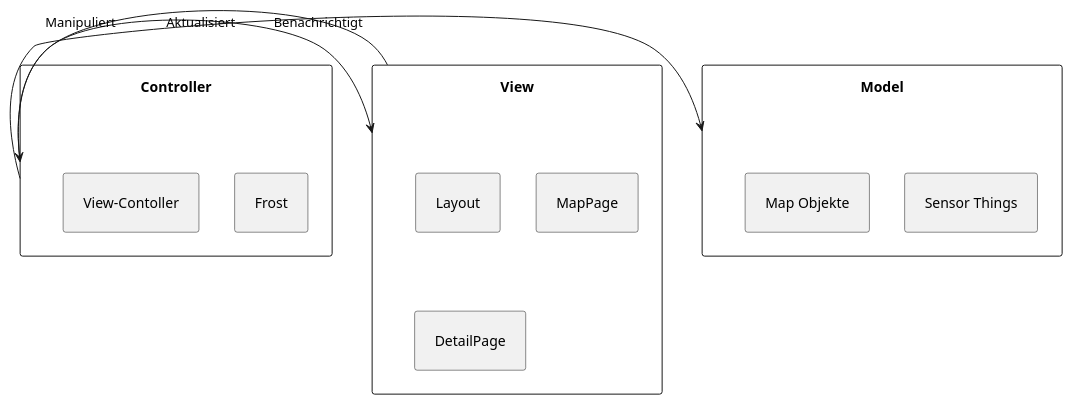
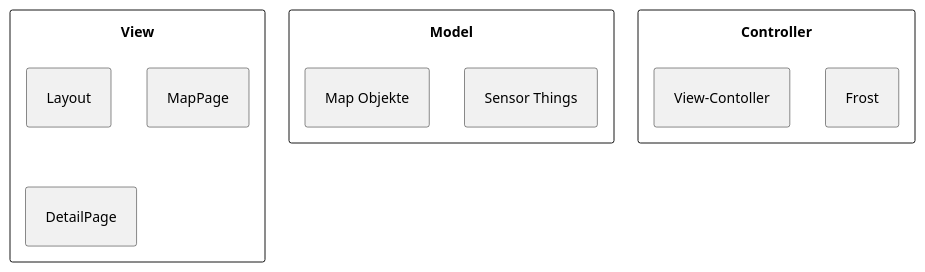
One commit to JonaEnz/pse-airquality-1 changed the diagram in Entwurf/PlantUML/ArchitectureDiagrams/Architektur.puml. Above: the diagram before and after it, drawn with PlantUML. The commit also changed 4 other files, not shown here.

```diff
--- a/Entwurf/PlantUML/ArchitectureDiagrams/Architektur.puml
+++ b/Entwurf/PlantUML/ArchitectureDiagrams/Architektur.puml
@@ -1,26 +1,21 @@
 @startuml Architektur
 
 skinparam padding 10
 
 rectangle Model {
     rectangle "Sensor Things"
     rectangle "Map Objekte"
 }
 
 rectangle Controller{
     rectangle "Frost"
     rectangle "View-Contoller"
 }
 
 rectangle View {
     rectangle "Layout"
     rectangle "MapPage"
     rectangle "DetailPage"
 }
 
-Controller -> View : Aktualisiert
-View -> Controller : Benachrichtigt
-
-Controller -> Model : Manipuliert
-
 @enduml
```
